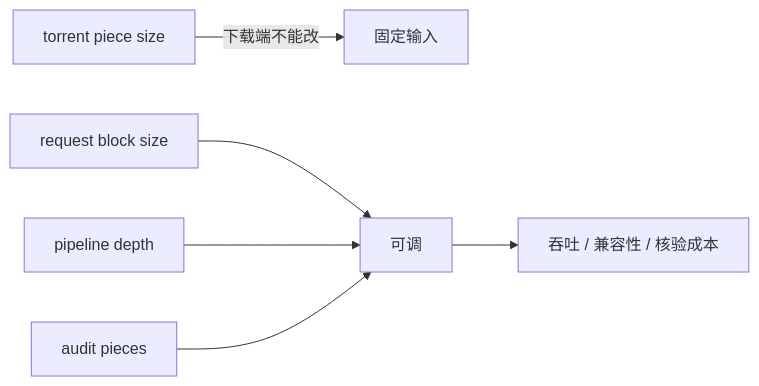
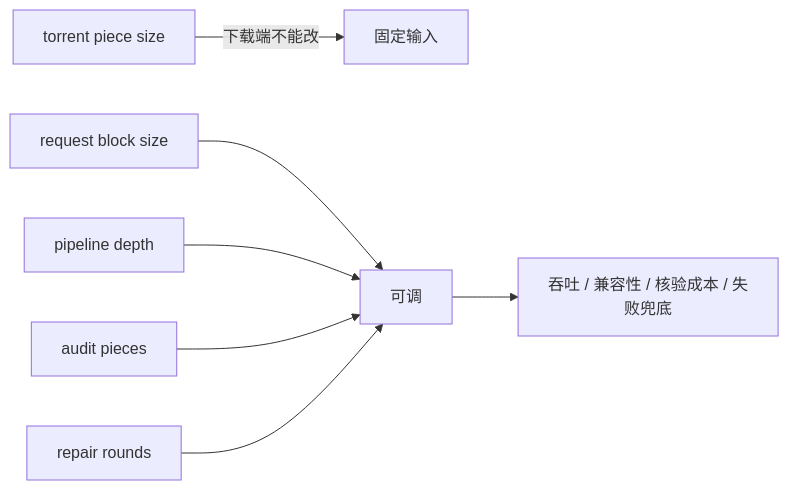
The seventh of 7 diagrams in docs/protocol-and-features.md (SimonMing47/BitTorrent), drawn with Mermaid before and after one commit. The commit also changed other lines of this file and 8 other files, not shown here.

Commit message:
Strengthen datacenter reliability flow

````diff
--- a/docs/protocol-and-features.md
+++ b/docs/protocol-and-features.md
@@ -374,8 +421,9 @@
 ```mermaid
 flowchart LR
     A["torrent piece size"] -->|"下载端不能改"| X["固定输入"]
     B["request block size"] --> C["可调"]
     D["pipeline depth"] --> C
     E["audit pieces"] --> C
-    C --> F["吞吐 / 兼容性 / 核验成本"]
+    F["repair rounds"] --> C
+    C --> G["吞吐 / 兼容性 / 核验成本 / 失败兜底"]
 ```
````
